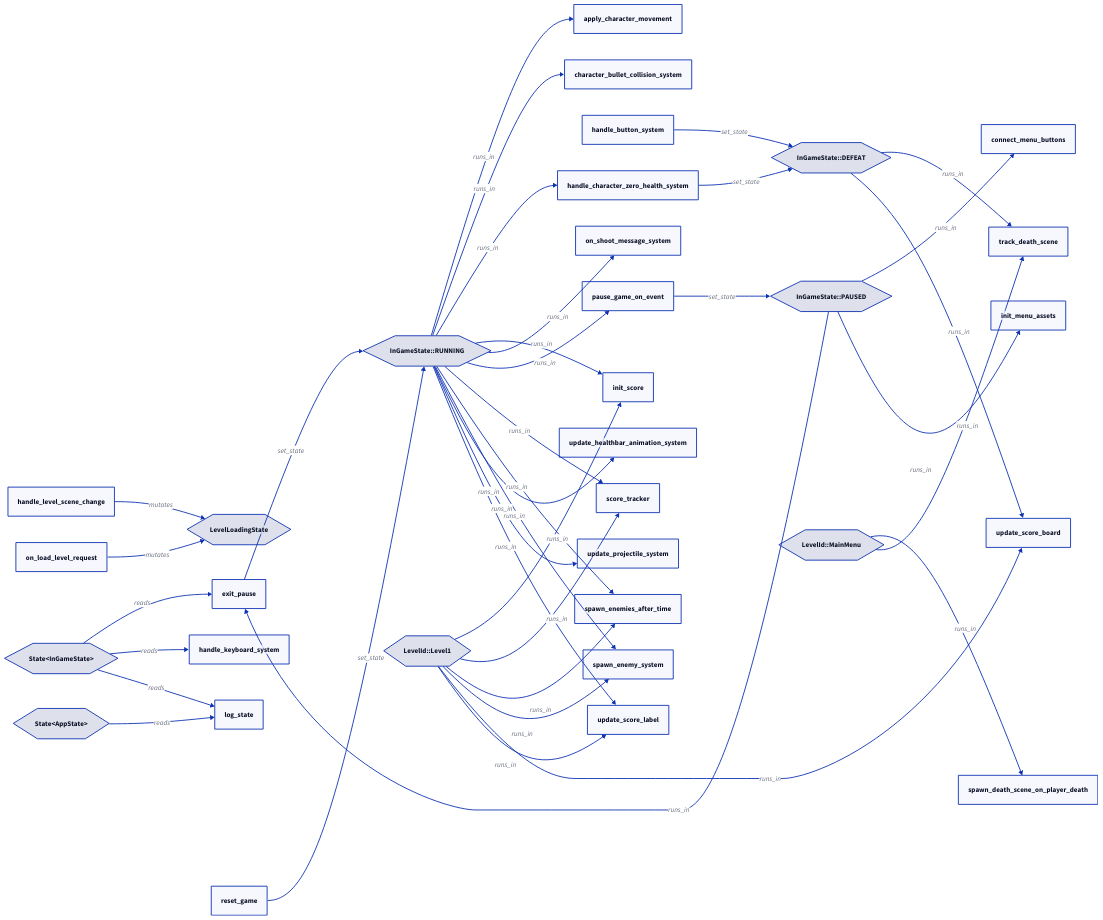
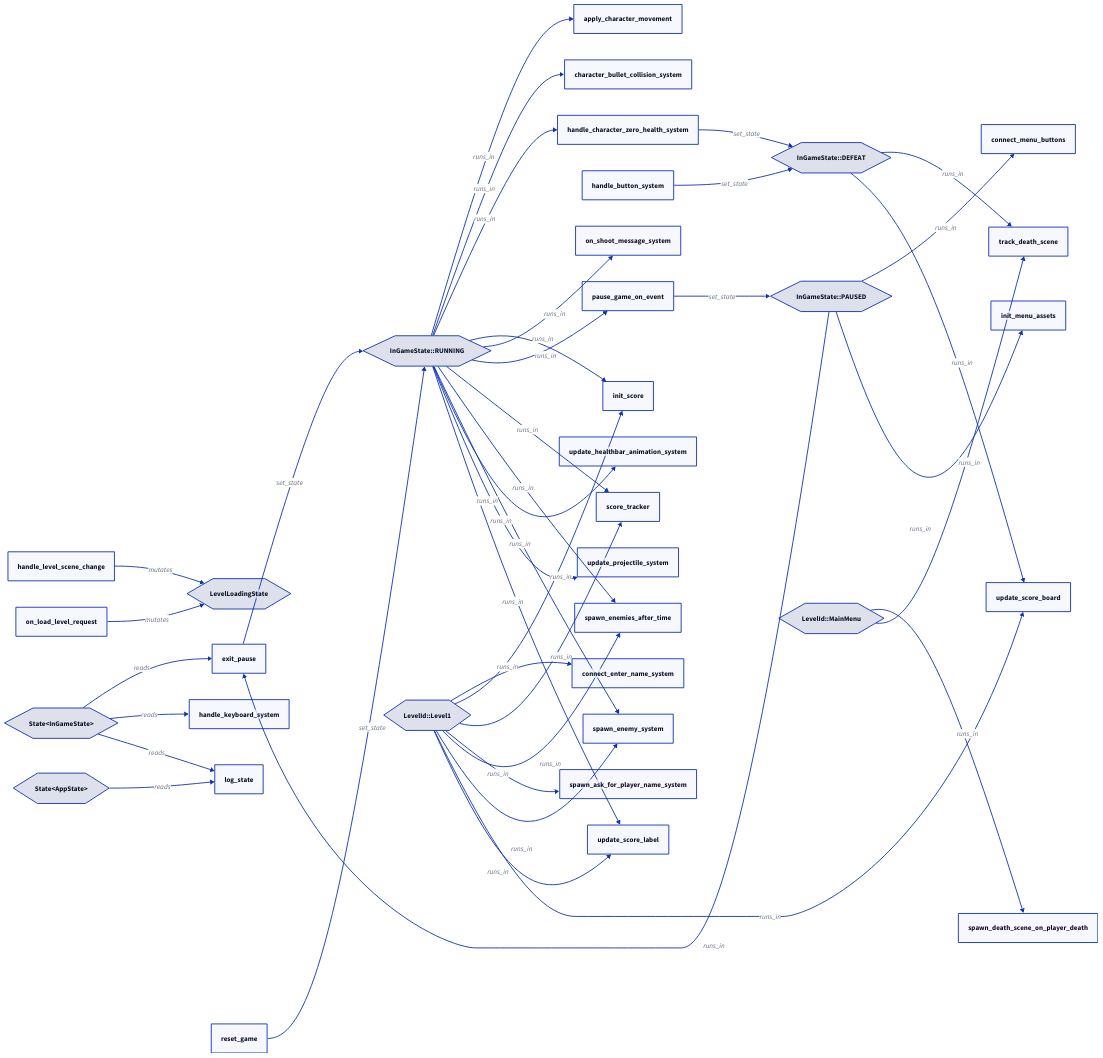
One commit to edizeqiri/BulletsOnWheels changed the diagram in docs/states.d2. Above: the diagram before and after it, drawn with D2. The commit also changed 1 other file, not shown here.

Commit message:
chore: regenerate architecture diagrams

```diff
--- a/docs/states.d2
+++ b/docs/states.d2
@@ -1,72 +1,76 @@
 direction: right
 
 "LevelLoadingState": { shape: hexagon }
 "State<AppState>": { shape: hexagon }
 "State<InGameState>": { shape: hexagon }
 "InGameState::DEFEAT": { shape: hexagon }
 "InGameState::PAUSED": { shape: hexagon }
 "InGameState::RUNNING": { shape: hexagon }
 "LevelId::Level1": { shape: hexagon }
 "LevelId::MainMenu": { shape: hexagon }
 
 "apply_character_movement": { shape: rectangle }
 "character_bullet_collision_system": { shape: rectangle }
+"connect_enter_name_system": { shape: rectangle }
 "connect_menu_buttons": { shape: rectangle }
 "exit_pause": { shape: rectangle }
 "handle_button_system": { shape: rectangle }
 "handle_character_zero_health_system": { shape: rectangle }
 "handle_keyboard_system": { shape: rectangle }
 "handle_level_scene_change": { shape: rectangle }
 "init_menu_assets": { shape: rectangle }
 "init_score": { shape: rectangle }
 "log_state": { shape: rectangle }
 "on_load_level_request": { shape: rectangle }
 "on_shoot_message_system": { shape: rectangle }
 "pause_game_on_event": { shape: rectangle }
 "reset_game": { shape: rectangle }
 "score_tracker": { shape: rectangle }
+"spawn_ask_for_player_name_system": { shape: rectangle }
 "spawn_death_scene_on_player_death": { shape: rectangle }
 "spawn_enemies_after_time": { shape: rectangle }
 "spawn_enemy_system": { shape: rectangle }
 "track_death_scene": { shape: rectangle }
 "update_healthbar_animation_system": { shape: rectangle }
 "update_projectile_system": { shape: rectangle }
 "update_score_board": { shape: rectangle }
 "update_score_label": { shape: rectangle }
 
 "InGameState::RUNNING" -> "apply_character_movement": runs_in
 "InGameState::RUNNING" -> "character_bullet_collision_system": runs_in
+"LevelId::Level1" -> "connect_enter_name_system": runs_in
 "InGameState::PAUSED" -> "connect_menu_buttons": runs_in
 "State<InGameState>" -> "exit_pause": reads
 "exit_pause" -> "InGameState::RUNNING": set_state
 "InGameState::PAUSED" -> "exit_pause": runs_in
 "handle_button_system" -> "InGameState::DEFEAT": set_state
 "handle_character_zero_health_system" -> "InGameState::DEFEAT": set_state
 "InGameState::RUNNING" -> "handle_character_zero_health_system": runs_in
 "State<InGameState>" -> "handle_keyboard_system": reads
 "handle_level_scene_change" -> "LevelLoadingState": mutates
 "InGameState::PAUSED" -> "init_menu_assets": runs_in
 "InGameState::RUNNING" -> "init_score": runs_in
 "LevelId::Level1" -> "init_score": runs_in
 "State<AppState>" -> "log_state": reads
 "State<InGameState>" -> "log_state": reads
 "on_load_level_request" -> "LevelLoadingState": mutates
 "InGameState::RUNNING" -> "on_shoot_message_system": runs_in
 "pause_game_on_event" -> "InGameState::PAUSED": set_state
 "InGameState::RUNNING" -> "pause_game_on_event": runs_in
 "reset_game" -> "InGameState::RUNNING": set_state
 "InGameState::RUNNING" -> "score_tracker": runs_in
 "LevelId::Level1" -> "score_tracker": runs_in
+"LevelId::Level1" -> "spawn_ask_for_player_name_system": runs_in
 "LevelId::MainMenu" -> "spawn_death_scene_on_player_death": runs_in
 "InGameState::RUNNING" -> "spawn_enemies_after_time": runs_in
 "LevelId::Level1" -> "spawn_enemies_after_time": runs_in
 "InGameState::RUNNING" -> "spawn_enemy_system": runs_in
 "LevelId::Level1" -> "spawn_enemy_system": runs_in
 "InGameState::DEFEAT" -> "track_death_scene": runs_in
 "LevelId::MainMenu" -> "track_death_scene": runs_in
 "InGameState::RUNNING" -> "update_healthbar_animation_system": runs_in
 "InGameState::RUNNING" -> "update_projectile_system": runs_in
 "InGameState::DEFEAT" -> "update_score_board": runs_in
 "LevelId::Level1" -> "update_score_board": runs_in
 "InGameState::RUNNING" -> "update_score_label": runs_in
 "LevelId::Level1" -> "update_score_label": runs_in
```
